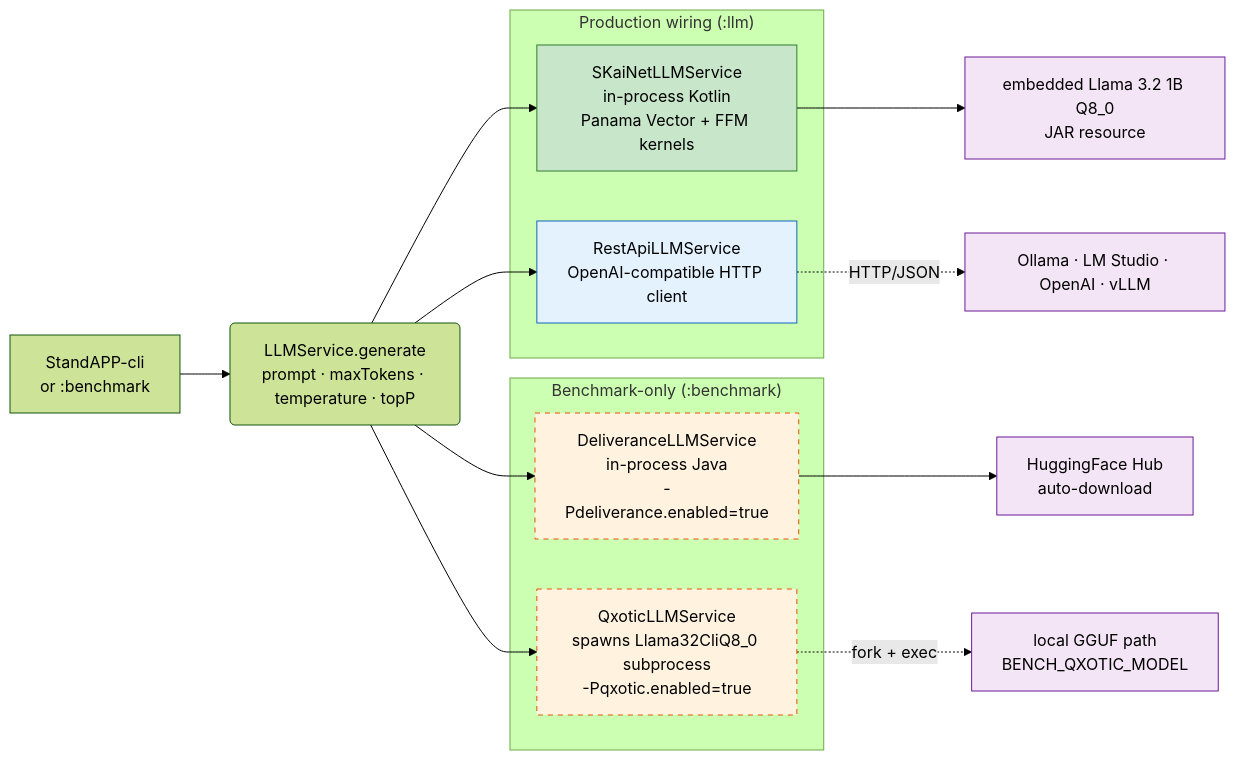
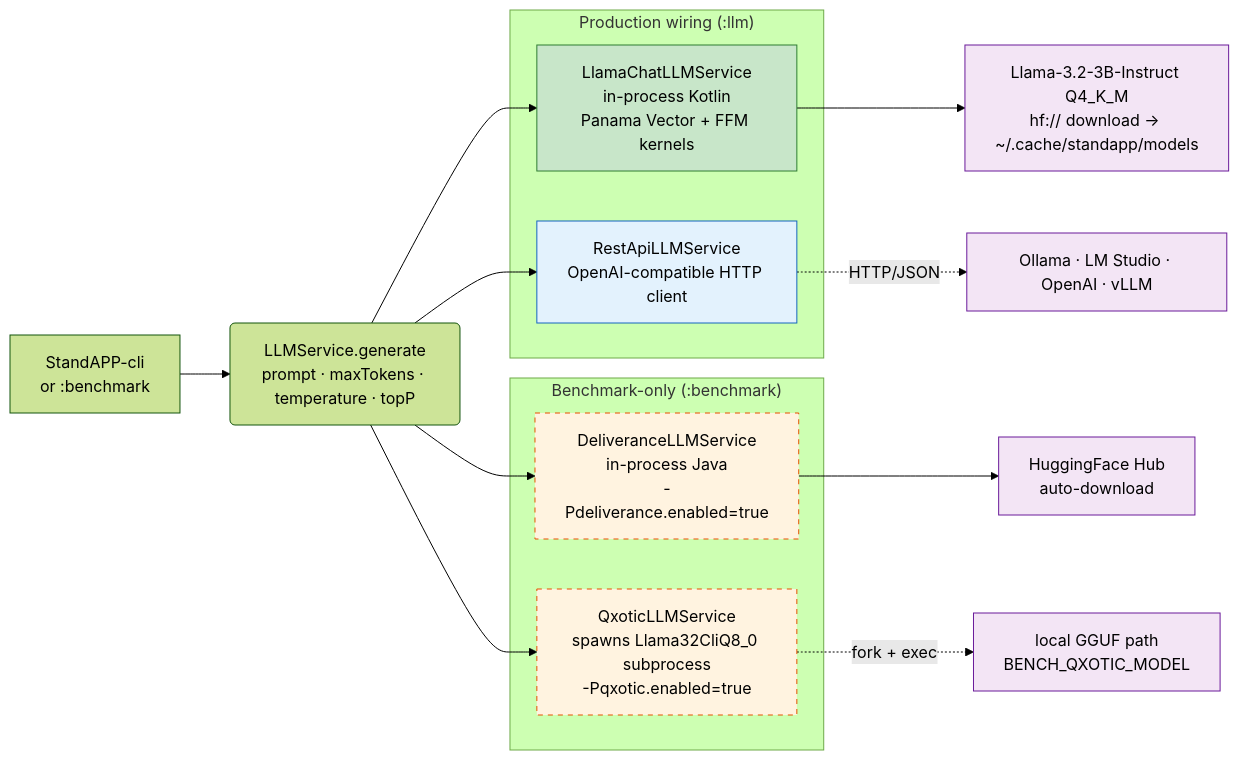
Before and after one commit to michalharakal/Daily-StandAPP: the second of 3 diagrams in docs/modules/architecture/pages/09-architecture-decisions.adoc, drawn with Mermaid (forest theme). The commit also changed other lines of this file and 38 other files, not shown here.

```diff
--- a/docs/modules/architecture/pages/09-architecture-decisions.adoc
+++ b/docs/modules/architecture/pages/09-architecture-decisions.adoc
@@ -108,43 +108,43 @@
 [mermaid]
 ----
 flowchart LR
     APP[StandAPP-cli<br/>or :benchmark]
 
     IFACE("LLMService.generate<br/>prompt · maxTokens · temperature · topP")
 
     subgraph PROD["Production wiring (:llm)"]
-        SKAINET["SKaiNetLLMService<br/>in-process Kotlin<br/>Panama Vector + FFM kernels"]
+        SKAINET["LlamaChatLLMService<br/>in-process Kotlin<br/>Panama Vector + FFM kernels"]
         REST["RestApiLLMService<br/>OpenAI-compatible HTTP client"]
     end
 
     subgraph BENCH["Benchmark-only (:benchmark)"]
         DELIV["DeliveranceLLMService<br/>in-process Java<br/>-Pdeliverance.enabled=true"]
         QXOTIC["QxoticLLMService<br/>spawns Llama32CliQ8_0 subprocess<br/>-Pqxotic.enabled=true"]
     end
 
-    GGUF1["embedded Llama 3.2 1B Q8_0<br/>JAR resource"]
+    GGUF1["Llama-3.2-3B-Instruct Q4_K_M<br/>hf:// download → ~/.cache/standapp/models"]
     HTTP["Ollama · LM Studio · OpenAI · vLLM"]
     HFHUB["HuggingFace Hub<br/>auto-download"]
     GGUF2["local GGUF path<br/>BENCH_QXOTIC_MODEL"]
 
     APP --> IFACE
     IFACE --> SKAINET
     IFACE --> REST
     IFACE --> DELIV
     IFACE --> QXOTIC
 
     SKAINET --> GGUF1
     REST -.->|HTTP/JSON| HTTP
     DELIV --> HFHUB
     QXOTIC -.->|fork + exec| GGUF2
 
     classDef prod fill:#c8e6c9,stroke:#2e7d32
     classDef rest fill:#e3f2fd,stroke:#1565c0
     classDef bench fill:#fff3e0,stroke:#e65100,stroke-dasharray:5 5
     classDef model fill:#f3e5f5,stroke:#6a1b9a
     class SKAINET prod
     class REST rest
     class DELIV bench
     class QXOTIC bench
     class GGUF1,HTTP,HFHUB,GGUF2 model
 ----
```
